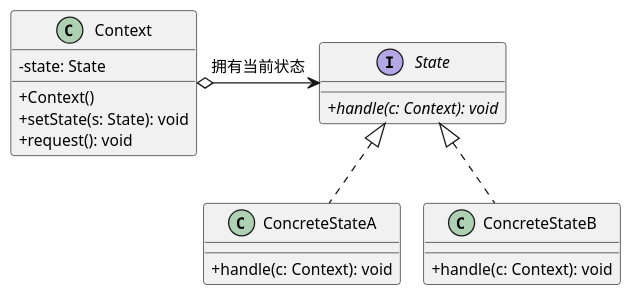
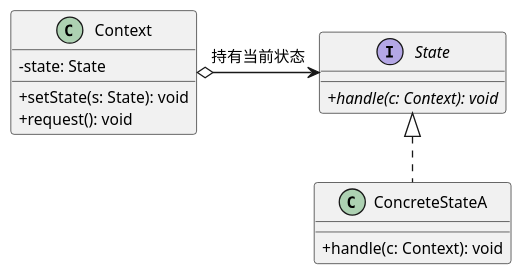
One commit to cpsa3/software-designer-fast-pass changed diagram 14 of 20 in 02-visual-diagrams/03-设计模式核心图谱与真题命题密码.md. Above: the diagram before and after it, drawn with PlantUML. The commit also changed other lines of this file, not shown here.

````diff
--- a/02-visual-diagrams/03-设计模式核心图谱与真题命题密码.md
+++ b/02-visual-diagrams/03-设计模式核心图谱与真题命题密码.md
@@ -1063,29 +650,24 @@
 ```plantuml
 @startuml
 !pragma layout smetana
 skinparam dpi 125
 skinparam defaultFontSize 12
 skinparam classAttributeIconSize 0
 
 class Context {
     - state: State
-    + Context()
     + setState(s: State): void
     + request(): void
 }
 
 interface State {
     + {abstract} handle(c: Context): void
 }
 
 class ConcreteStateA implements State {
     + handle(c: Context): void
 }
 
-class ConcreteStateB implements State {
-    + handle(c: Context): void
-}
-
-Context o-> State : 拥有当前状态
+Context o-> State : 持有当前状态
 @enduml
 ```
````
